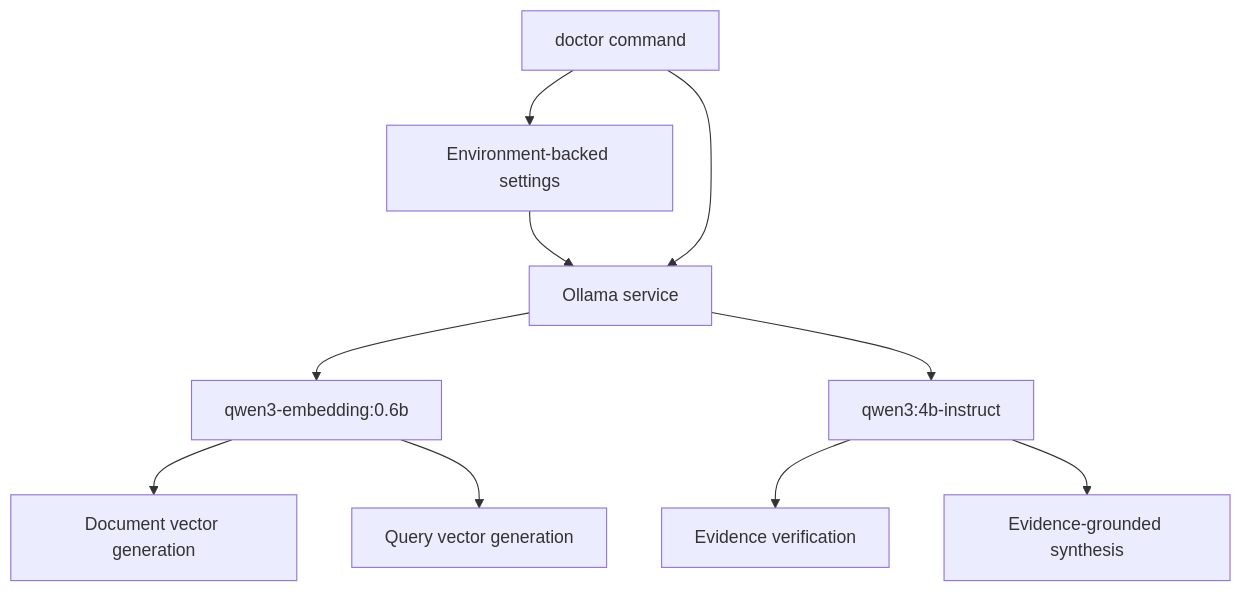
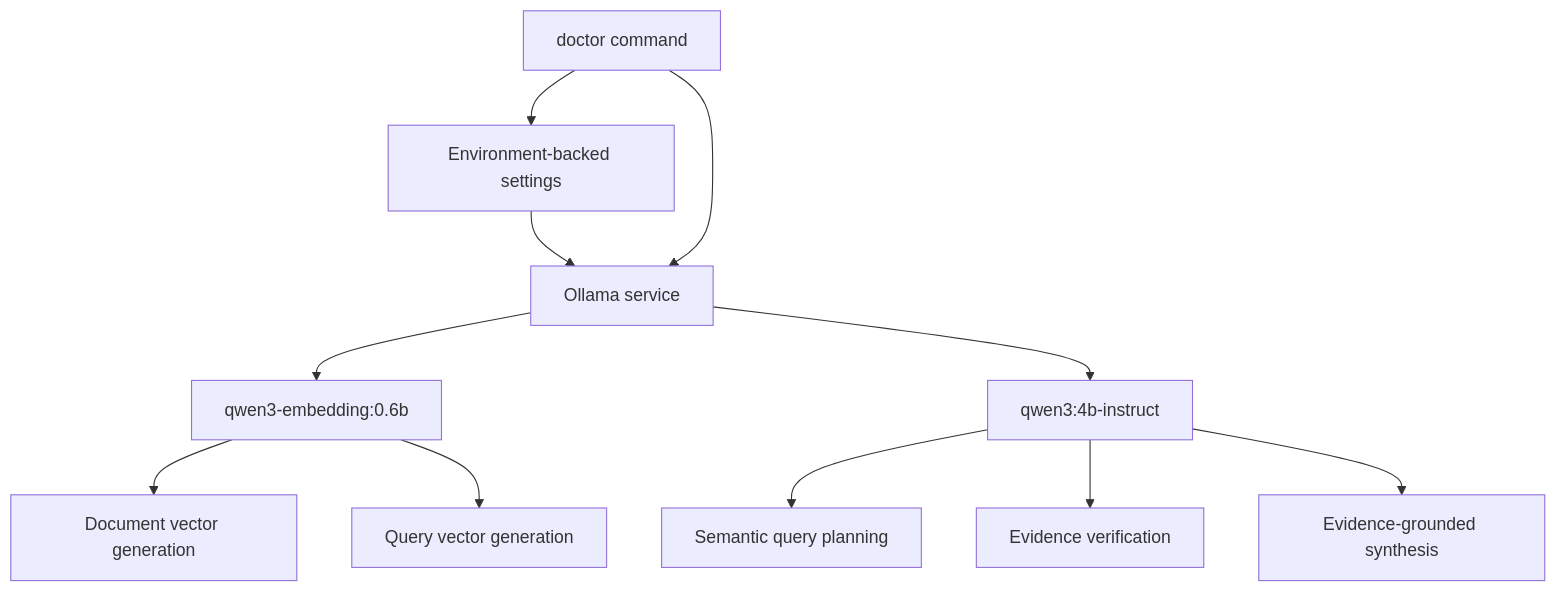
One commit to TQC0103/scientific-research-agent changed diagram 11 of 11 in docs/SYSTEM_VISUALIZATION.md. Above: the diagram before and after it, drawn with Mermaid. The commit also changed other lines of this file and 10 other files, not shown here.

````diff
--- a/docs/SYSTEM_VISUALIZATION.md
+++ b/docs/SYSTEM_VISUALIZATION.md
@@ -239,14 +275,15 @@
 ```mermaid
 flowchart TD
     CONFIG["Environment-backed settings"] --> OLLAMA["Ollama service"]
     OLLAMA --> EMBEDDING["qwen3-embedding:0.6b"]
     OLLAMA --> REASONING["qwen3:4b-instruct"]
 
     EMBEDDING --> INDEX_BUILD["Document vector generation"]
     EMBEDDING --> QUERY_EMBED["Query vector generation"]
+    REASONING --> PLAN["Semantic query planning"]
     REASONING --> VERIFY["Evidence verification"]
     REASONING --> ANSWER["Evidence-grounded synthesis"]
 
     DOCTOR["doctor command"] --> CONFIG
     DOCTOR --> OLLAMA
 ```
````
